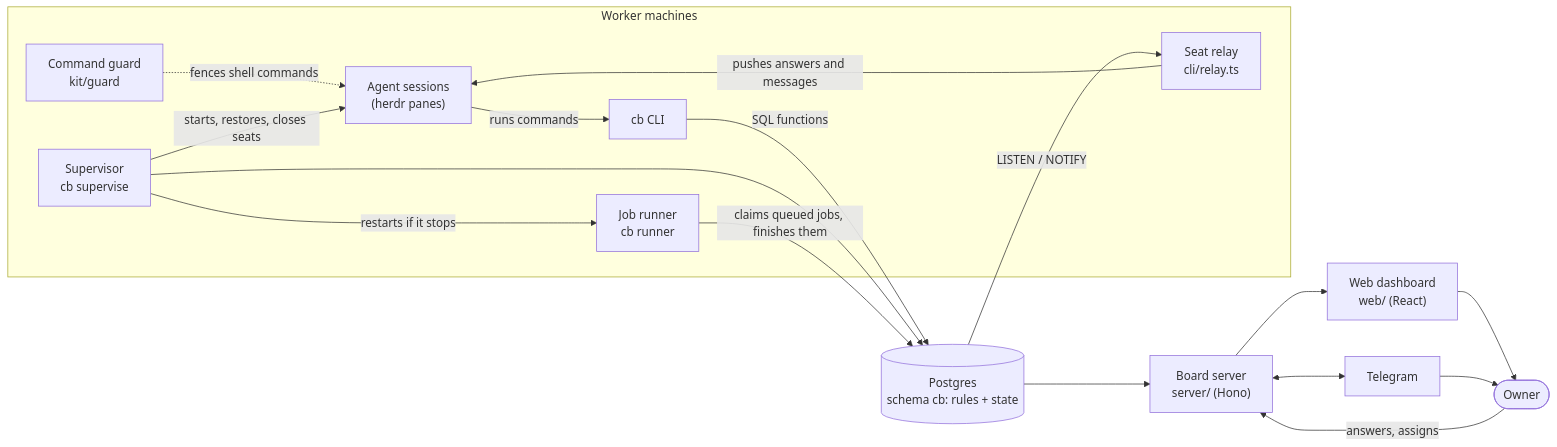
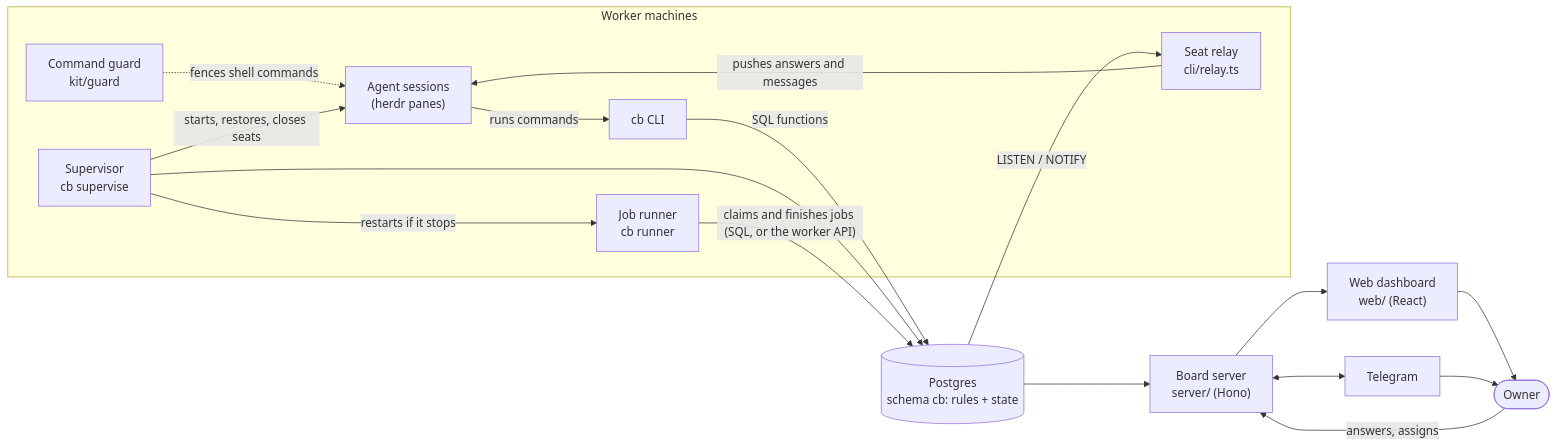
One commit to shaltut/agents-board changed the diagram in README.md. Above: the diagram before and after it, drawn with Mermaid. The commit also changed other lines of this file and 3 other files, not shown here.

Commit message:
docs: the job runner on its key over the worker API (#3222 S4, #4918)

````diff
--- a/README.md
+++ b/README.md
@@ -32,32 +32,32 @@
 ```mermaid
 flowchart LR
   subgraph machines["Worker machines"]
     S["Agent sessions<br/>(herdr panes)"]
     CB["cb CLI"]
     R["Seat relay<br/>cli/relay.ts"]
     SUP["Supervisor<br/>cb supervise"]
     RUN["Job runner<br/>cb runner"]
     G["Command guard<br/>kit/guard"]
   end
   PG[("Postgres<br/>schema cb: rules + state")]
   SRV["Board server<br/>server/ (Hono)"]
   WEB["Web dashboard<br/>web/ (React)"]
   TG["Telegram"]
   OWNER(["Owner"])
 
   S -- "runs commands" --> CB
   G -. "fences shell commands" .-> S
   CB -- "SQL functions" --> PG
   PG -- "LISTEN / NOTIFY" --> R
   R -- "pushes answers and messages" --> S
   SUP -- "starts, restores, closes seats" --> S
   SUP --> PG
   SUP -- "restarts if it stops" --> RUN
-  RUN -- "claims queued jobs, finishes them" --> PG
+  RUN -- "claims and finishes jobs (SQL, or the worker API)" --> PG
   PG --> SRV
   SRV --> WEB
   SRV <--> TG
   WEB --> OWNER
   TG --> OWNER
   OWNER -- "answers, assigns" --> SRV
 ```
````
